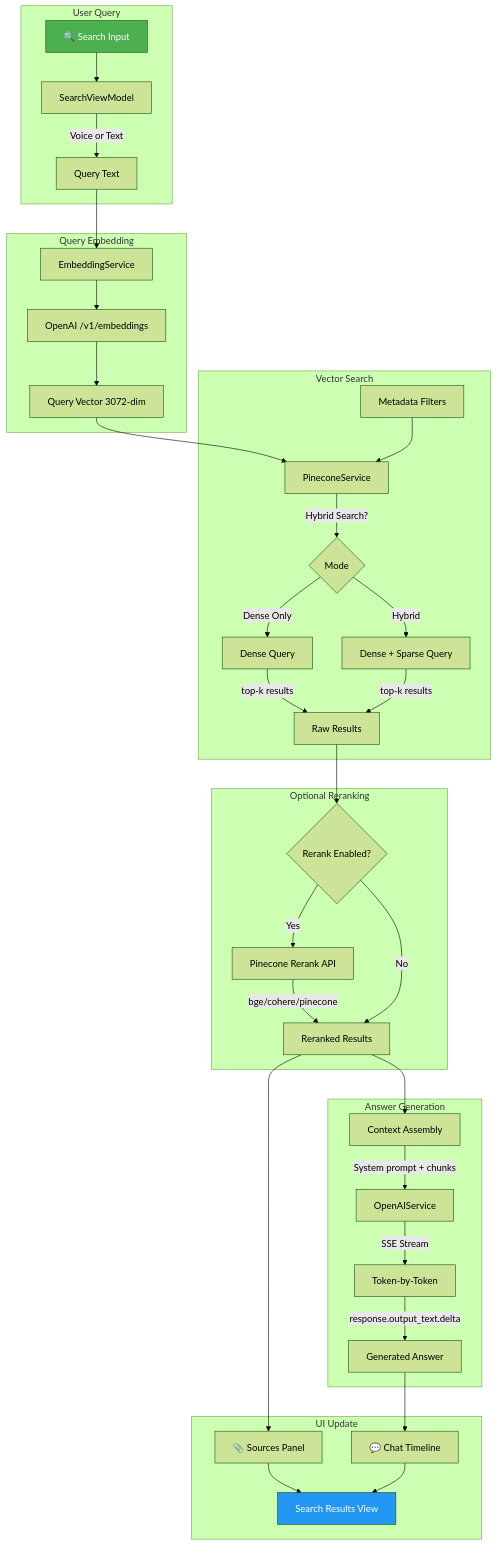
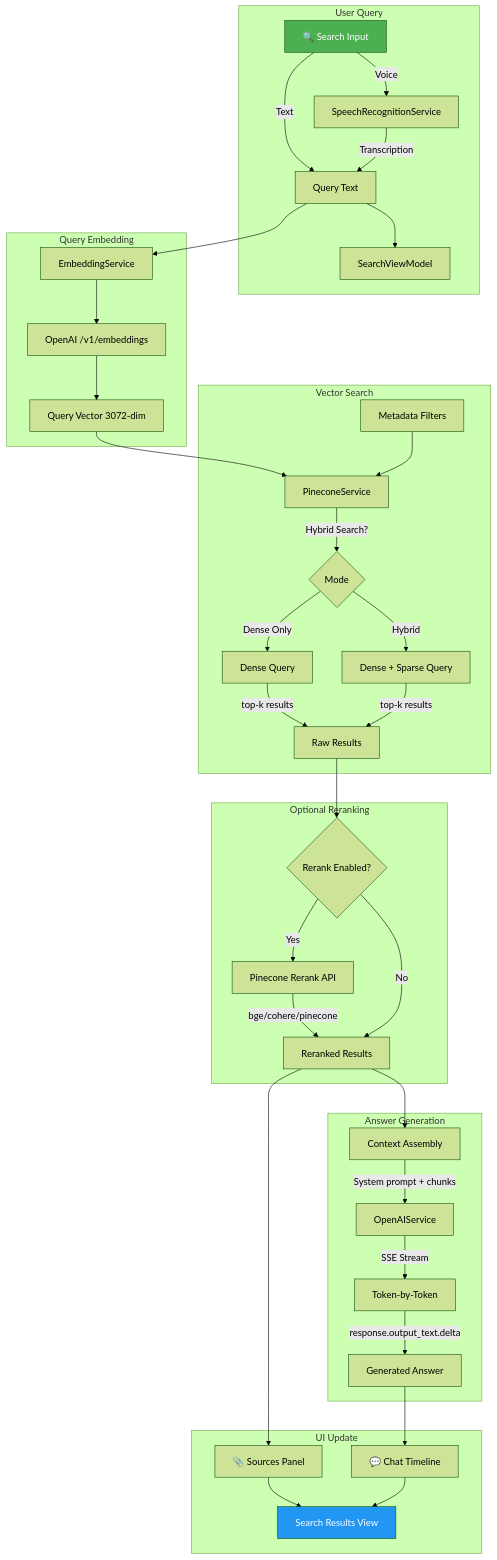
One commit to Gunnarguy/OpenCone changed the third of 5 diagrams in ARCHITECTURE.md. Above: the diagram before and after it, drawn with Mermaid (forest theme). The commit also changed other lines of this file and 6 other files, not shown here.

First line of the commit message:
chore: update documentation and architecture to reflect new speech recognition features

````diff
--- a/ARCHITECTURE.md
+++ b/ARCHITECTURE.md
@@ -105,45 +106,47 @@
 ```mermaid
 flowchart TD
     subgraph Query["User Query"]
-        UQ[🔍 Search Input] --> SVM[SearchViewModel]
-        SVM --> |Voice or Text| QT[Query Text]
+        UQ[🔍 Search Input] --> |Text| QT[Query Text]
+        UQ --> |Voice| SRS[SpeechRecognitionService]
+        SRS --> |Transcription| QT
+        QT --> SVM[SearchViewModel]
     end
 
     subgraph Embed["Query Embedding"]
         QT --> ES[EmbeddingService]
         ES --> OAI[OpenAI /v1/embeddings]
         OAI --> QV[Query Vector 3072-dim]
     end
 
     subgraph Search["Vector Search"]
         QV --> PS[PineconeService]
         MF[Metadata Filters] --> PS
         PS --> |Hybrid Search?| HS{Mode}
         HS -->|Dense Only| DQ[Dense Query]
         HS -->|Hybrid| HQ[Dense + Sparse Query]
         DQ & HQ --> |top-k results| RR[Raw Results]
     end
 
     subgraph Rerank["Optional Reranking"]
         RR --> RK{Rerank Enabled?}
         RK -->|Yes| RKS[Pinecone Rerank API]
         RKS --> |bge/cohere/pinecone| RANKED[Reranked Results]
         RK -->|No| RANKED
     end
 
     subgraph Generate["Answer Generation"]
         RANKED --> CTX[Context Assembly]
         CTX --> |System prompt + chunks| OAS[OpenAIService]
         OAS --> |SSE Stream| STREAM[Token-by-Token]
         STREAM --> |response.output_text.delta| ANS[Generated Answer]
     end
 
     subgraph Display["UI Update"]
         RANKED --> SRC[📎 Sources Panel]
         ANS --> CHAT[💬 Chat Timeline]
         SRC & CHAT --> UI[Search Results View]
     end
 
     style UQ fill:#4CAF50,color:#fff
     style UI fill:#2196F3,color:#fff
 ```
````
